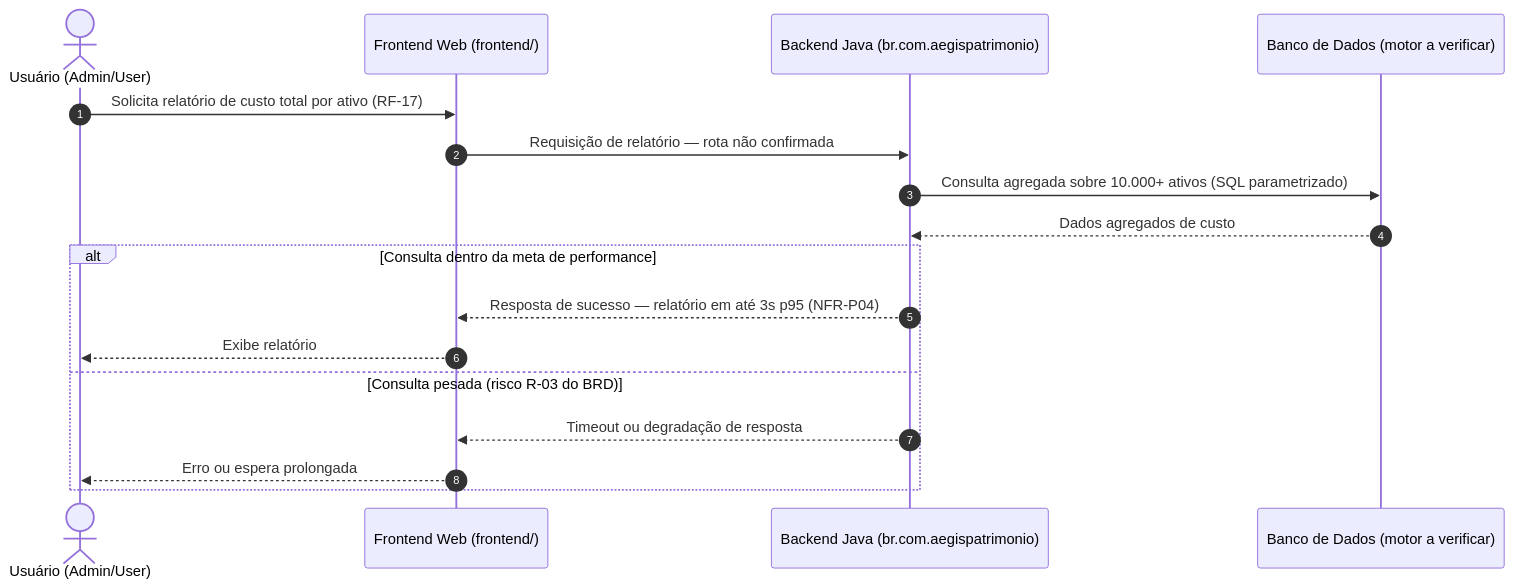
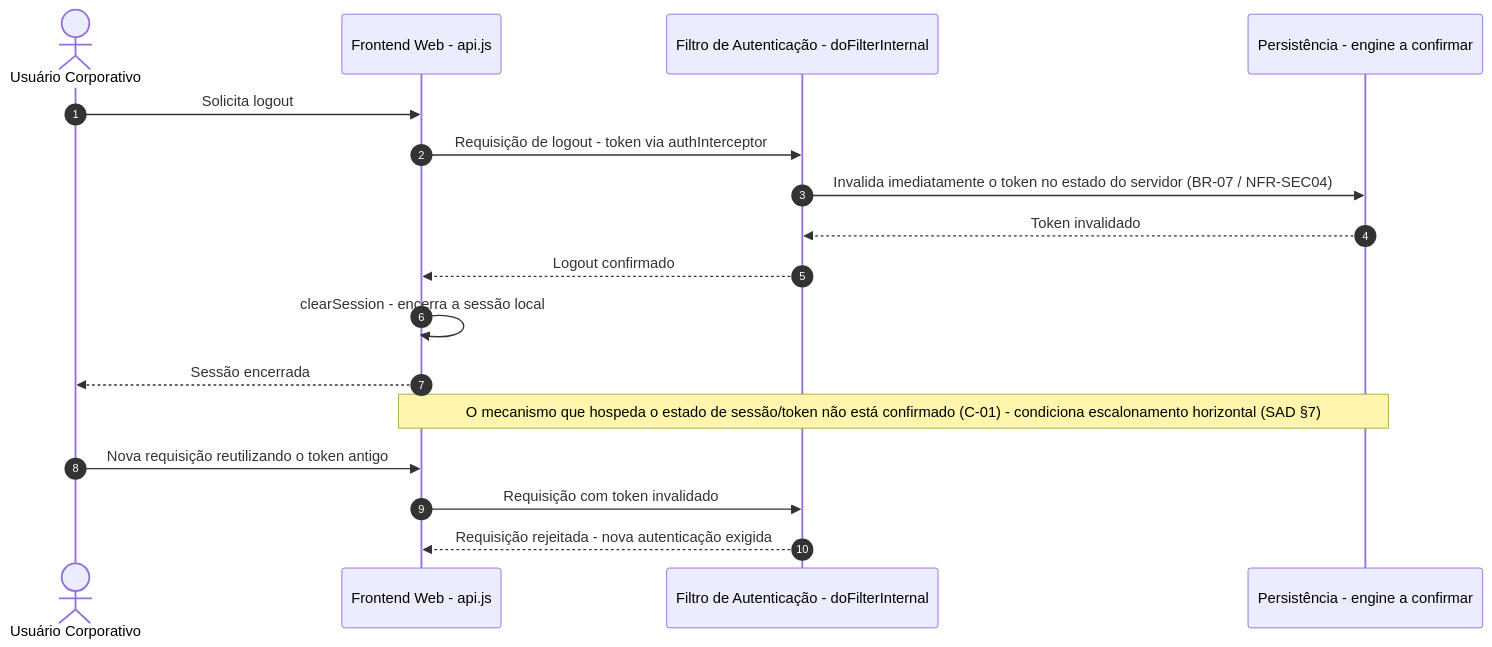
Before and after one commit to diogo-rp-menezes/aegispatrimonio: the sixth of 10 diagrams in docs/03-architecture/uml-diagrams.md, drawn with Mermaid. The commit also changed other lines of this file and 49 other files, not shown here.

````diff
--- a/docs/03-architecture/uml-diagrams.md
+++ b/docs/03-architecture/uml-diagrams.md
@@ -199,20 +188,20 @@
 ```mermaid
 sequenceDiagram
     autonumber
-    actor Usuario as Usuário (Admin/User)
-    participant FE as Frontend Web (frontend/)
-    participant API as Backend Java (br.com.aegispatrimonio)
-    participant DB as Banco de Dados (motor a verificar)
+    actor Usuario as Usuário Corporativo
+    participant FE as Frontend Web - api.js
+    participant FLT as Filtro de Autenticação - doFilterInternal
+    participant DB as Persistência - engine a confirmar
 
-    Usuario->>FE: Solicita relatório de custo total por ativo (RF-17)
-    FE->>API: Requisição de relatório — rota não confirmada
-    API->>DB: Consulta agregada sobre 10.000+ ativos (SQL parametrizado)
-    DB-->>API: Dados agregados de custo
-    alt Consulta dentro da meta de performance
-        API-->>FE: Resposta de sucesso — relatório em até 3s p95 (NFR-P04)
-        FE-->>Usuario: Exibe relatório
-    else Consulta pesada (risco R-03 do BRD)
-        API-->>FE: Timeout ou degradação de resposta
-        FE-->>Usuario: Erro ou espera prolongada
-    end
+    Usuario->>FE: Solicita logout
+    FE->>FLT: Requisição de logout - token via authInterceptor
+    FLT->>DB: Invalida imediatamente o token no estado do servidor (BR-07 / NFR-SEC04)
+    DB-->>FLT: Token invalidado
+    FLT-->>FE: Logout confirmado
+    FE->>FE: clearSession - encerra a sessão local
+    FE-->>Usuario: Sessão encerrada
+    Note over FE,DB: O mecanismo que hospeda o estado de sessão/token não está confirmado (C-01) - condiciona escalonamento horizontal (SAD §7)
+    Usuario->>FE: Nova requisição reutilizando o token antigo
+    FE->>FLT: Requisição com token invalidado
+    FLT-->>FE: Requisição rejeitada - nova autenticação exigida
 ```
````
